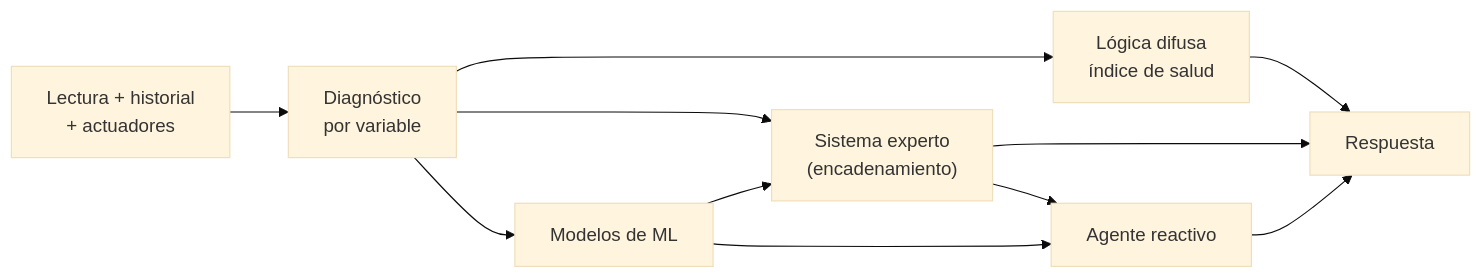
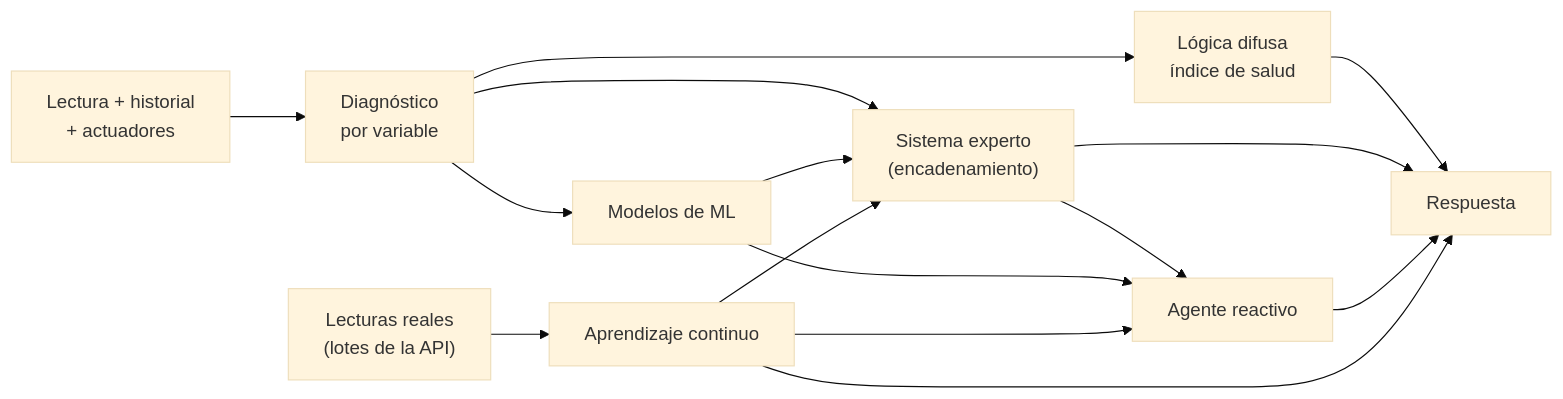
Before and after one commit to SmartPotTech/SmartPot-AI: the diagram in README.md, drawn with Mermaid (base theme). The commit also changed other lines of this file, not shown here.

````diff
--- a/README.md
+++ b/README.md
@@ -24,13 +25,17 @@
 ```mermaid
 flowchart LR
   req["Lectura + historial<br/>+ actuadores"] --> diag["Diagnóstico<br/>por variable"]
   diag --> ml["Modelos de ML"]
   diag --> es["Sistema experto<br/>(encadenamiento)"]
   ml --> es
   diag --> fz["Lógica difusa<br/>índice de salud"]
   es --> ag["Agente reactivo"]
   ml --> ag
   fz --> out["Respuesta"]
   es --> out
   ag --> out
+  api["Lecturas reales<br/>(lotes de la API)"] --> lr["Aprendizaje continuo"]
+  lr --> es
+  lr --> ag
+  lr --> out
 ```
````
